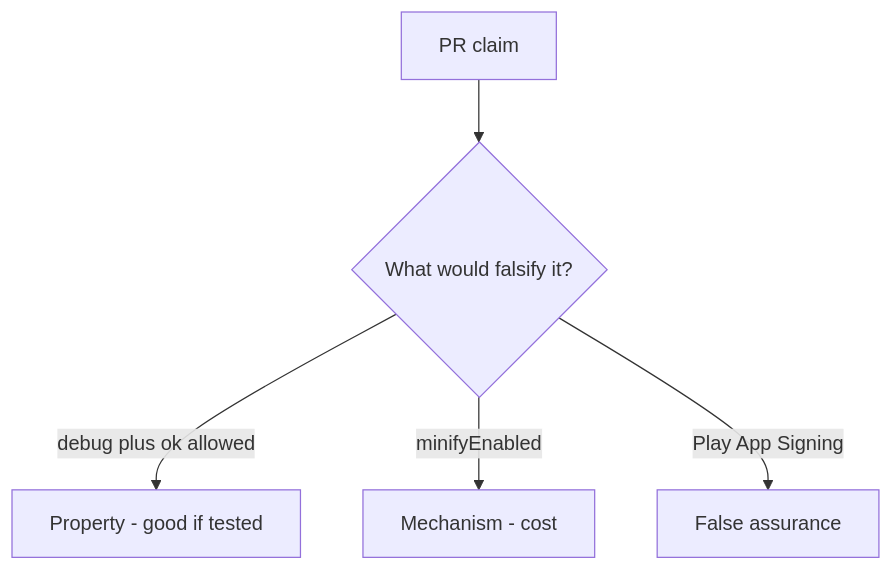
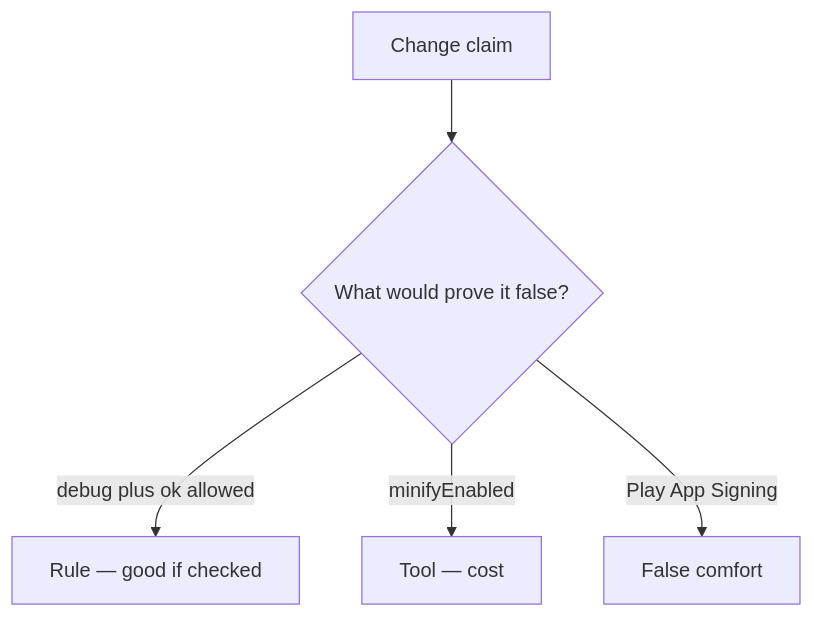
One commit to ishitvagoel/LearnSecurity changed the diagram in content/modules/8/8.4/lessons/08-review.md. Above: the diagram before and after it, drawn with Mermaid. The commit also changed other lines of this file and 39 other files, not shown here.

````diff
--- a/content/modules/8/8.4/lessons/08-review.md
+++ b/content/modules/8/8.4/lessons/08-review.md
@@ -17,7 +18,7 @@
 ```mermaid
 flowchart TD
-  Claim[PR claim] --> Q{"What would falsify it?"}
-  Q -->|debug plus ok allowed| Property["Property - good if tested"]
-  Q -->|minifyEnabled| Mechanism[Mechanism - cost]
-  Q -->|Play App Signing| False[False assurance]
+  Claim[Change claim] --> Q{"What would prove it false?"}
+  Q -->|debug plus ok allowed| Property["Rule — good if checked"]
+  Q -->|minifyEnabled| Mechanism[Tool — cost]
+  Q -->|Play App Signing| False[False comfort]
 ```
````
